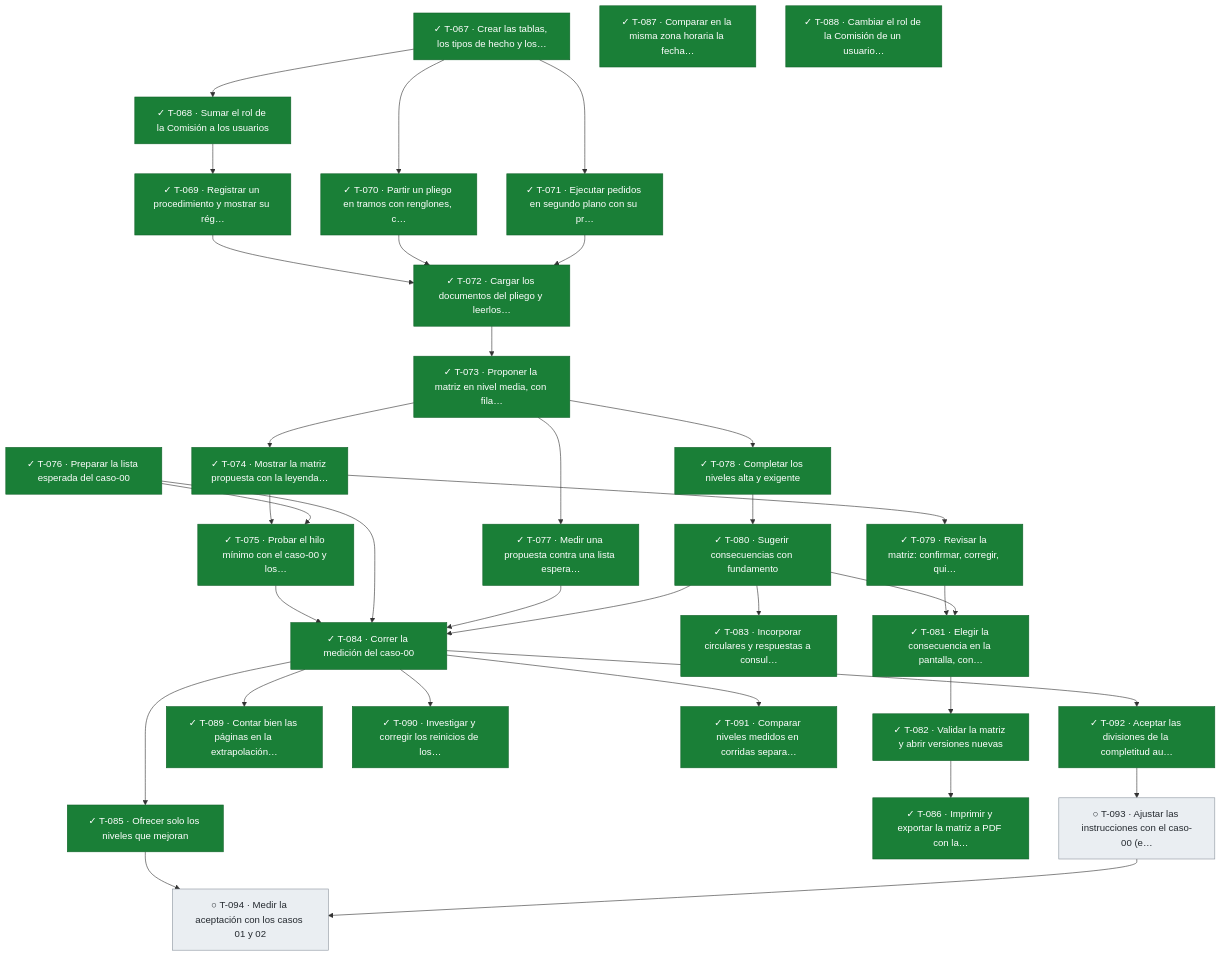
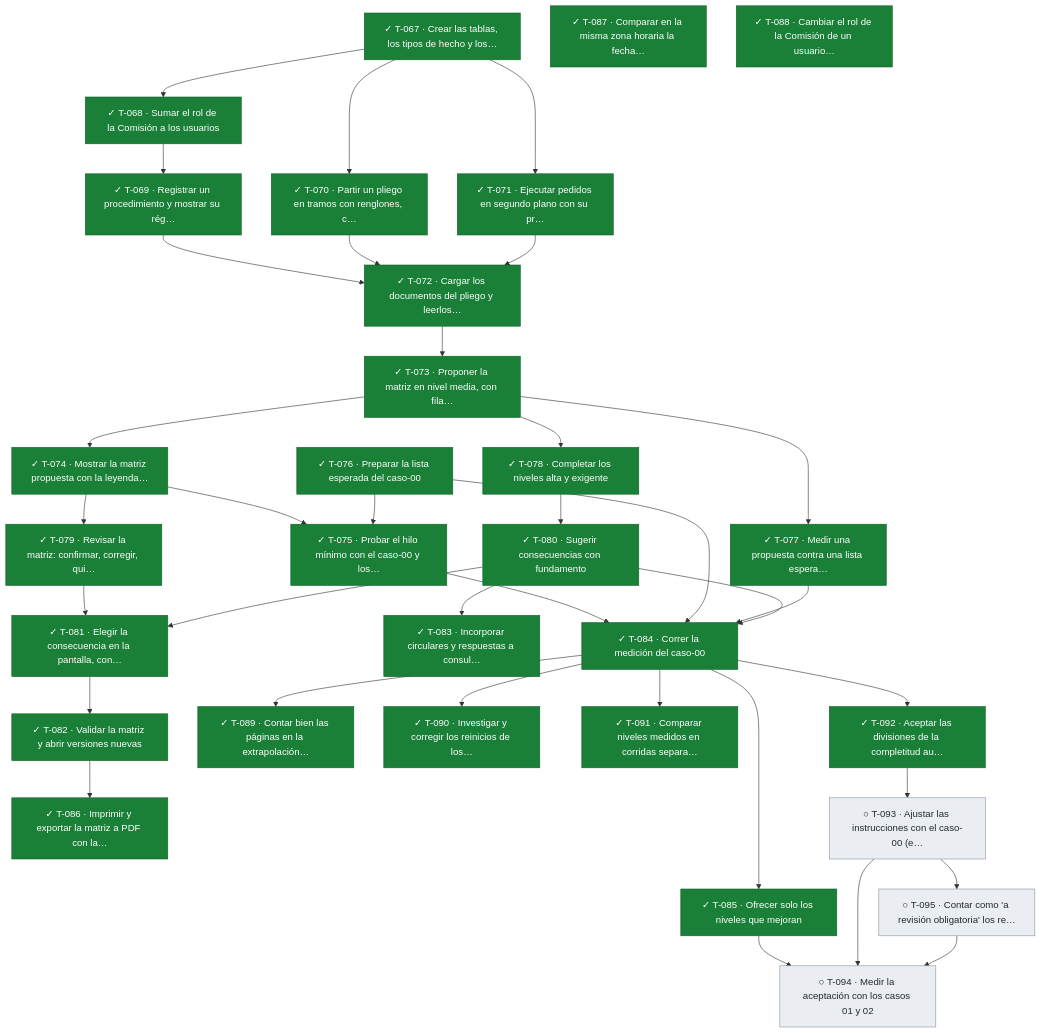
One commit to snavello/EVALUON changed the fifth of 5 diagrams in docs/tablero.md. Above: the diagram before and after it, drawn with Mermaid. The commit also changed other lines of this file and 2 other files, not shown here.

Commit message:
gestión: enmienda de la spec 003 (revisión obligatoria) y tarea T-095

````diff
--- a/docs/tablero.md
+++ b/docs/tablero.md
@@ -407,68 +408,71 @@
 ```mermaid
 flowchart TD
   T067["✓ T-067 · Crear las tablas, los tipos de hecho y los…"]:::done
   T068["✓ T-068 · Sumar el rol de la Comisión a los usuarios"]:::done
   T069["✓ T-069 · Registrar un procedimiento y mostrar su rég…"]:::done
   T070["✓ T-070 · Partir un pliego en tramos con renglones, c…"]:::done
   T071["✓ T-071 · Ejecutar pedidos en segundo plano con su pr…"]:::done
   T072["✓ T-072 · Cargar los documentos del pliego y leerlos…"]:::done
   T073["✓ T-073 · Proponer la matriz en nivel media, con fila…"]:::done
   T074["✓ T-074 · Mostrar la matriz propuesta con la leyenda…"]:::done
   T075["✓ T-075 · Probar el hilo mínimo con el caso-00 y los…"]:::done
   T076["✓ T-076 · Preparar la lista esperada del caso-00"]:::done
   T077["✓ T-077 · Medir una propuesta contra una lista espera…"]:::done
   T078["✓ T-078 · Completar los niveles alta y exigente"]:::done
   T079["✓ T-079 · Revisar la matriz: confirmar, corregir, qui…"]:::done
   T080["✓ T-080 · Sugerir consecuencias con fundamento"]:::done
   T081["✓ T-081 · Elegir la consecuencia en la pantalla, con…"]:::done
   T082["✓ T-082 · Validar la matriz y abrir versiones nuevas"]:::done
   T083["✓ T-083 · Incorporar circulares y respuestas a consul…"]:::done
   T084["✓ T-084 · Correr la medición del caso-00"]:::done
   T085["✓ T-085 · Ofrecer solo los niveles que mejoran"]:::done
   T086["✓ T-086 · Imprimir y exportar la matriz a PDF con la…"]:::done
   T087["✓ T-087 · Comparar en la misma zona horaria la fecha…"]:::done
   T088["✓ T-088 · Cambiar el rol de la Comisión de un usuario…"]:::done
   T089["✓ T-089 · Contar bien las páginas en la extrapolación…"]:::done
   T090["✓ T-090 · Investigar y corregir los reinicios de los…"]:::done
   T091["✓ T-091 · Comparar niveles medidos en corridas separa…"]:::done
   T092["✓ T-092 · Aceptar las divisiones de la completitud au…"]:::done
   T093["○ T-093 · Ajustar las instrucciones con el caso-00 (e…"]:::todo
   T094["○ T-094 · Medir la aceptación con los casos 01 y 02"]:::todo
+  T095["○ T-095 · Contar como 'a revisión obligatoria' los re…"]:::todo
   T067 --> T068
   T068 --> T069
   T067 --> T070
   T067 --> T071
   T069 --> T072
   T070 --> T072
   T071 --> T072
   T072 --> T073
   T073 --> T074
   T074 --> T075
   T076 --> T075
   T073 --> T077
   T073 --> T078
   T074 --> T079
   T078 --> T080
   T079 --> T081
   T080 --> T081
   T081 --> T082
   T080 --> T083
   T075 --> T084
   T076 --> T084
   T077 --> T084
   T080 --> T084
   T084 --> T085
   T082 --> T086
   T084 --> T089
   T084 --> T090
   T084 --> T091
   T084 --> T092
   T092 --> T093
   T085 --> T094
   T093 --> T094
+  T095 --> T094
+  T093 --> T095
   classDef done fill:#1a7f37,stroke:#116329,color:#ffffff
   classDef review fill:#0969da,stroke:#0550ae,color:#ffffff
   classDef active fill:#bf8700,stroke:#7d4e00,color:#ffffff
   classDef blocked fill:#cf222e,stroke:#a40e26,color:#ffffff
   classDef todo fill:#eaeef2,stroke:#8c959f,color:#24292f
 ```
````
